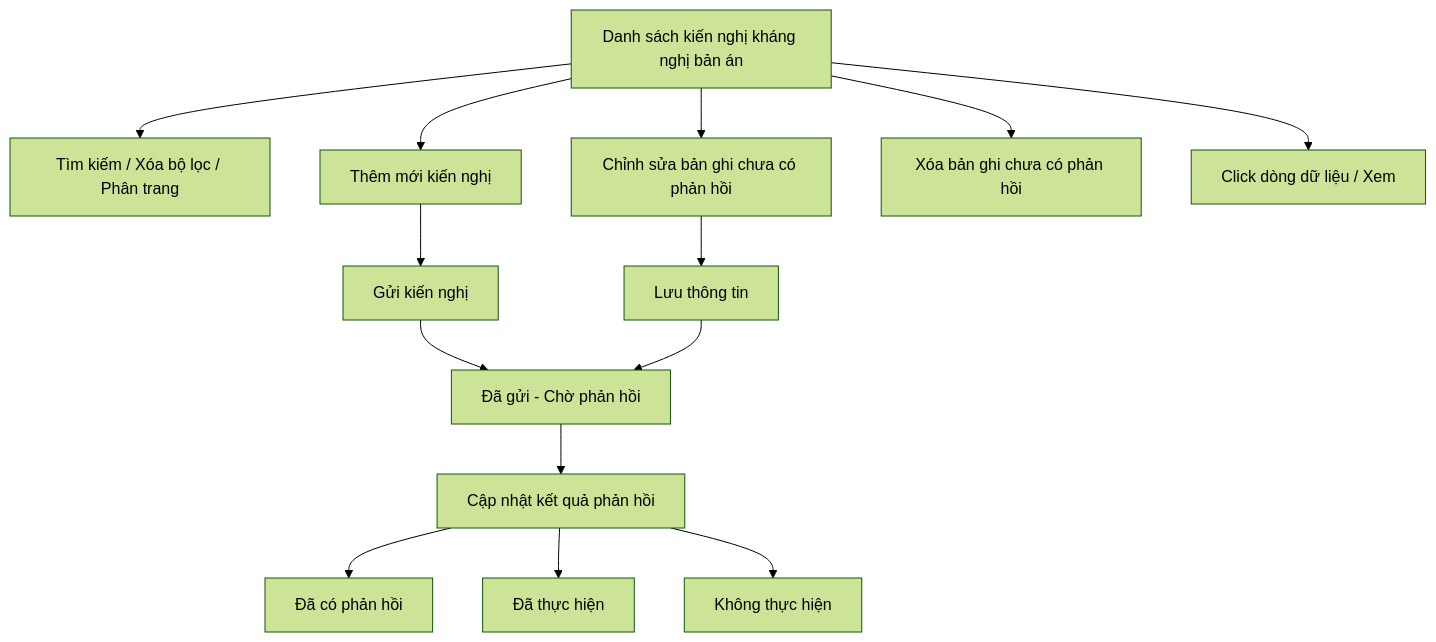
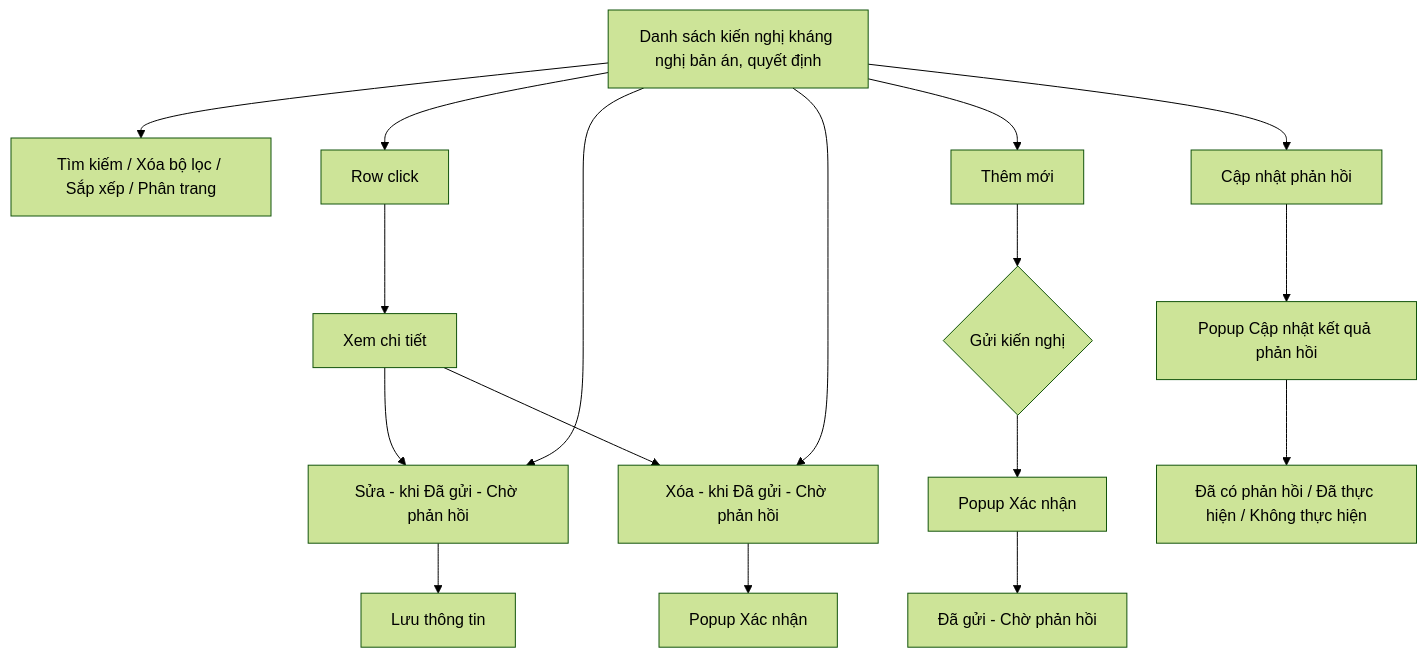
Before and after one commit to huyendt2007/BPBD_UI: the diagram in Tai lieu phan tich/03_Website_Quan_tri/03_Cong_tac_boi_thuong/SRS_BTNN_STP_KienNghi_KhangNghi_BanAn.md, drawn with Mermaid (forest theme). The commit also changed other lines of this file and 135 other files, not shown here.

````diff
--- a/Tai lieu phan tich/03_Website_Quan_tri/03_Cong_tac_boi_thuong/SRS_BTNN_STP_KienNghi_KhangNghi_BanAn.md
+++ b/Tai lieu phan tich/03_Website_Quan_tri/03_Cong_tac_boi_thuong/SRS_BTNN_STP_KienNghi_KhangNghi_BanAn.md
@@ -27,16 +29,13 @@
 ```mermaid
 flowchart TD
-    A[Danh sách kiến nghị kháng nghị bản án] --> B[Tìm kiếm / Xóa bộ lọc / Phân trang]
-    A --> C[Thêm mới kiến nghị]
-    C --> E[Gửi kiến nghị]
-    E --> F["Đã gửi - Chờ phản hồi"]
-    A --> G[Chỉnh sửa bản ghi chưa có phản hồi]
-    G --> N[Lưu thông tin]
-    N --> F
-    F --> H[Cập nhật kết quả phản hồi]
-    H --> I["Đã có phản hồi"]
-    H --> J["Đã thực hiện"]
-    H --> K["Không thực hiện"]
-    A --> L[Xóa bản ghi chưa có phản hồi]
-    A --> M[Click dòng dữ liệu / Xem]
+    A[Danh sách kiến nghị kháng nghị bản án, quyết định] --> B[Tìm kiếm / Xóa bộ lọc / Sắp xếp / Phân trang]
+    A --> G[Row click] --> K[Xem chi tiết]
+    K --> E
+    K --> F
+    A --> C[Thêm mới] --> S{Gửi kiến nghị}
+    S --> X1[Popup Xác nhận] --> W["Đã gửi - Chờ phản hồi"]
+    A --> E[Sửa - khi Đã gửi - Chờ phản hồi] --> D[Lưu thông tin]
+    A --> F[Xóa - khi Đã gửi - Chờ phản hồi] --> X2[Popup Xác nhận]
+    A --> R[Cập nhật phản hồi] --> P[Popup Cập nhật kết quả phản hồi]
+    P --> R1["Đã có phản hồi / Đã thực hiện / Không thực hiện"]
 ```
````
